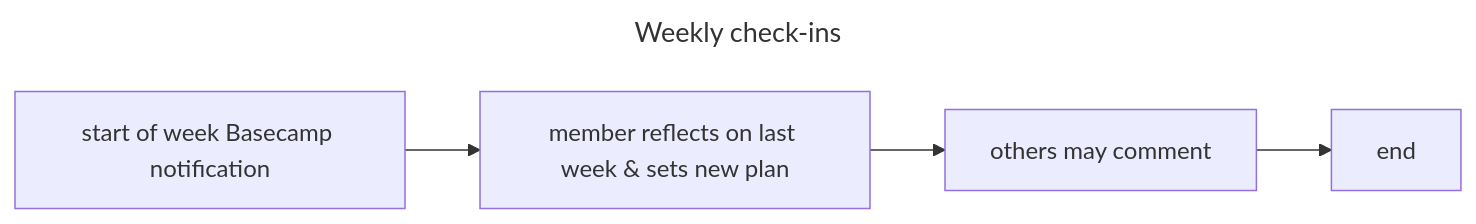
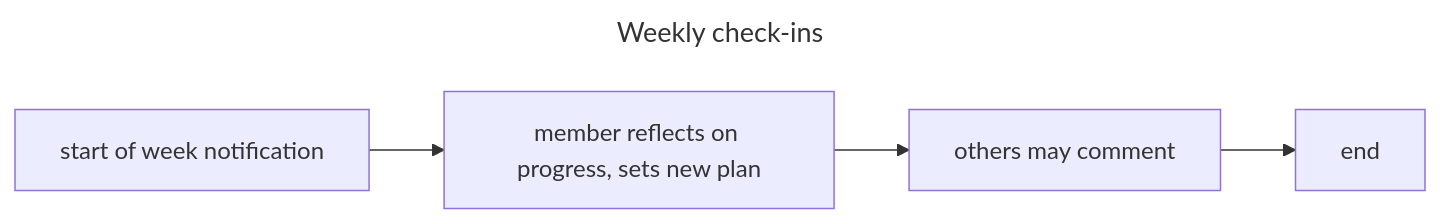
The fifth of 5 diagrams in docs/processes.md (khaldoun-xyz/standard), drawn with Mermaid before and after one commit. The commit also changed other lines of this file, not shown here.

```diff
--- a/docs/processes.md
+++ b/docs/processes.md
@@ -114,9 +115,9 @@
 ~~~mermaid
 ---
 title: Weekly check-ins
 ---
 flowchart LR
-  A[start of week Basecamp notification] --> B[member reflects on last week & sets new plan]
+  A[start of week notification] --> B[member reflects on progress, sets new plan]
   B --> C[others may comment]
   C --> D[end]
 ~~~
```
